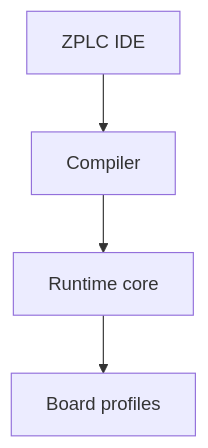
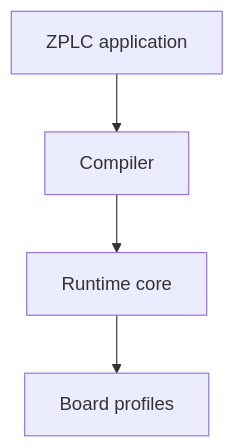
One commit to eduardojvieira/ZPLC changed the diagram in docs/docs/platform-overview/index.md. Above: the diagram before and after it, drawn with Mermaid. The commit also changed 23 other files, not shown here.

First line of the commit message:
docs(contributing): call the application ZPLC in the remaining pages (decision D-03)

````diff
--- a/docs/docs/platform-overview/index.md
+++ b/docs/docs/platform-overview/index.md
@@ -16,11 +16,11 @@
 ```mermaid
 flowchart TB
-  IDE[ZPLC IDE]
+  IDE[ZPLC application]
   Compiler[Compiler]
   Runtime[Runtime core]
   Boards[Board profiles]
 
   IDE --> Compiler
   Compiler --> Runtime
   Runtime --> Boards
 ```
````
